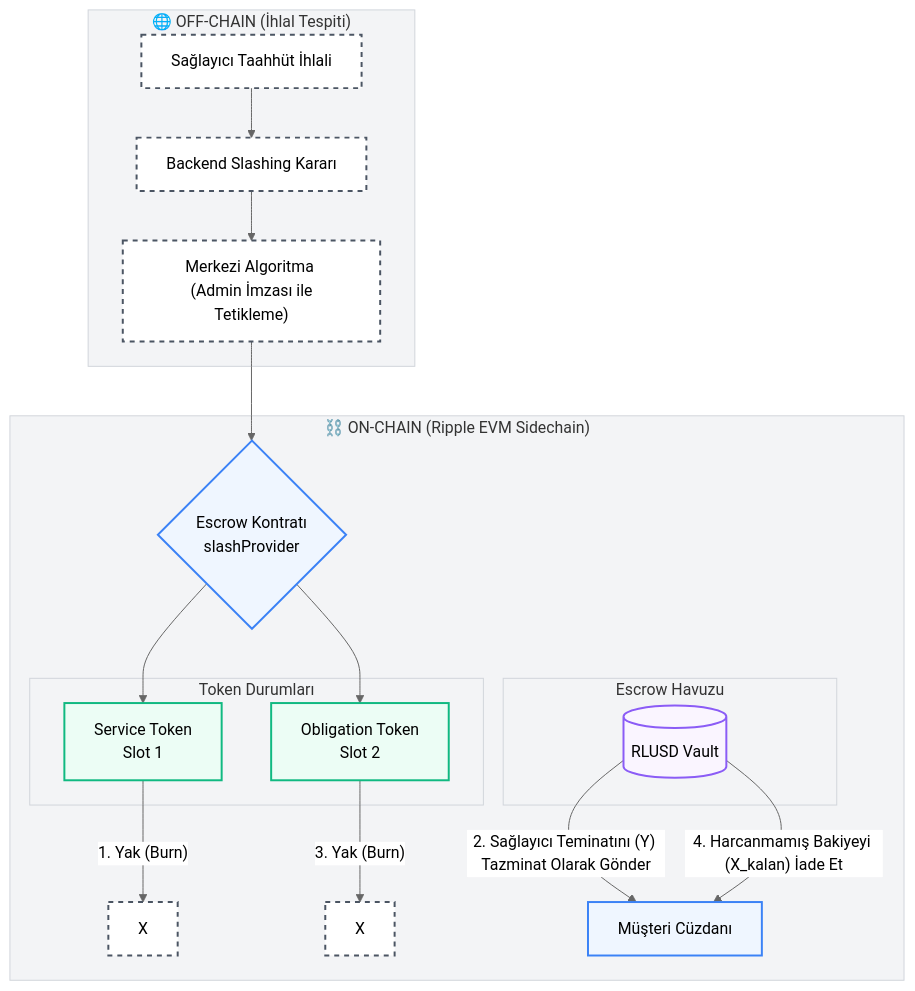
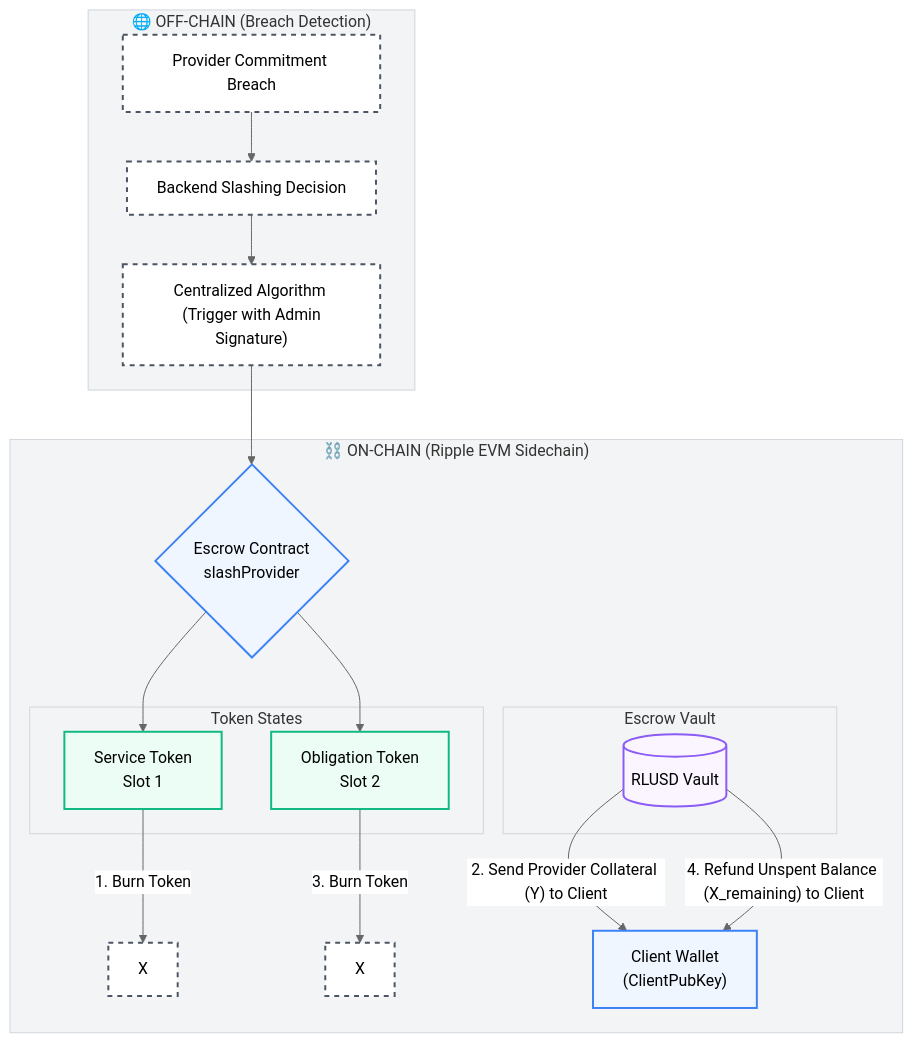
One commit to emirrmk/escrow-flow-diagrams changed the fourth of 4 diagrams in README.md. Above: the diagram before and after it, drawn with Mermaid. The commit also changed other lines of this file, not shown here.

````diff
--- a/README.md
+++ b/README.md
@@ -122,37 +129,37 @@
 ```mermaid
 %%{init: {'theme': 'neutral', 'themeVariables': { 'primaryColor': '#f9fafb', 'edgeLabelBackground':'#ffffff', 'clusterBkg':'#f3f4f6', 'clusterBorder':'#d1d5db'}}}%%
 graph TD
     classDef offChainNode fill:#ffffff,stroke:#4b5563,stroke-width:2px,stroke-dasharray: 5 5;
     classDef onChainNode fill:#eff6ff,stroke:#3b82f6,stroke-width:2px;
     classDef tokenNode fill:#ecfdf5,stroke:#10b981,stroke-width:2px;
     classDef databaseNode fill:#faf5ff,stroke:#8b5cf6,stroke-width:2px;
 
-    subgraph OffChain ["🌐 OFF-CHAIN (İhlal Tespiti)"]
-        Breach["Sağlayıcı Taahhüt İhlali"]:::offChainNode --> Decision["Backend Slashing Kararı"]:::offChainNode
-        Decision --> AlgTrig["Merkezi Algoritma <br> (Admin İmzası ile Tetikleme)"]:::offChainNode
+    subgraph OffChain ["🌐 OFF-CHAIN (Breach Detection)"]
+        Breach["Provider Commitment Breach"]:::offChainNode --> Decision["Backend Slashing Decision"]:::offChainNode
+        Decision --> AlgTrig["Centralized Algorithm <br> (Trigger with Admin Signature)"]:::offChainNode
     end
 
     subgraph OnChain ["⛓️ ON-CHAIN (Ripple EVM Sidechain)"]
-        AlgTrig --> SlashCall{"Escrow Kontratı <br> slashProvider"}:::onChainNode
+        AlgTrig --> SlashCall{"Escrow Contract <br> slashProvider"}:::onChainNode
         
-        subgraph VaultState ["Escrow Havuzu"]
+        subgraph VaultState ["Escrow Vault"]
             Pool[("RLUSD Vault")]:::databaseNode
         end
 
-        subgraph TokenState ["Token Durumları"]
+        subgraph TokenState ["Token States"]
             ST["Service Token <br> Slot 1"]:::tokenNode
             OT["Obligation Token <br> Slot 2"]:::tokenNode
         end
 
         SlashCall --> ST
         SlashCall --> OT
 
-        %% Sağlayıcı Teminatı Tazminatı
-        ST -- "1. Yak (Burn)" --> BurnST[X]:::offChainNode
-        Pool -- "2. Sağlayıcı Teminatını (Y) Tazminat Olarak Gönder" --> Cust["Müşteri Cüzdanı"]:::onChainNode
+        %% Provider Collateral Compensation
+        ST -- "1. Burn Token" --> BurnST[X]:::offChainNode
+        Pool -- "2. Send Provider Collateral (Y) to Client" --> Cust["Client Wallet <br> (ClientPubKey)"]:::onChainNode
 
-        %% Müşteri Bakiyesi İadesi
-        OT -- "3. Yak (Burn)" --> BurnOT[X]:::offChainNode
-        Pool -- "4. Harcanmamış Bakiyeyi (X_kalan) İade Et" --> Cust
+        %% Client Escrow Refund
+        OT -- "3. Burn Token" --> BurnOT[X]:::offChainNode
+        Pool -- "4. Refund Unspent Balance (X_remaining) to Client" --> Cust
     end
 ```
````
